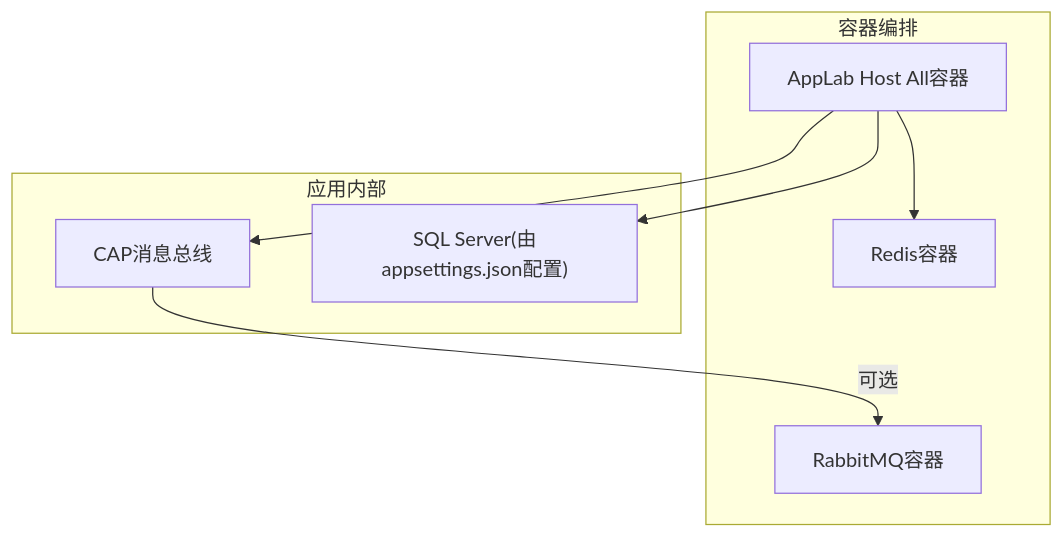
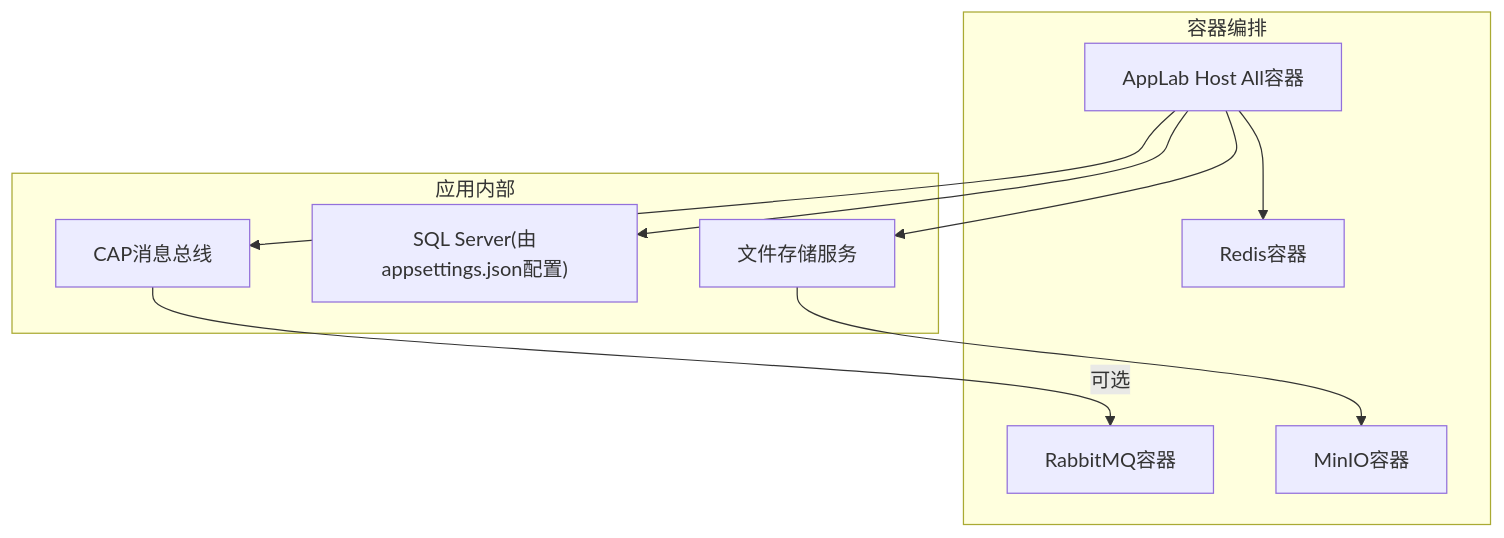
Before and after one commit to openlowcodelab/lowcode: the second of 7 diagrams in .qoder/repowiki/zh/content/部署运维/Docker容器化部署.md, drawn with Mermaid. The commit also changed other lines of this file and 24 other files, not shown here.

````diff
--- a/.qoder/repowiki/zh/content/部署运维/Docker容器化部署.md
+++ b/.qoder/repowiki/zh/content/部署运维/Docker容器化部署.md
@@ -72,16 +91,20 @@
 ```mermaid
 graph TB
 subgraph "容器编排"
 R["Redis容器"]
 MQ["RabbitMQ容器"]
+MINIO["MinIO容器"]
 APP["AppLab Host All容器"]
 end
 subgraph "应用内部"
 CAP["CAP消息总线"]
 DB["SQL Server(由appsettings.json配置)"]
+FILE["文件存储服务"]
 end
 APP --> DB
 APP --> CAP
 CAP --> |可选| MQ
 APP --> R
+APP --> FILE
+FILE --> MINIO
 ```
````
